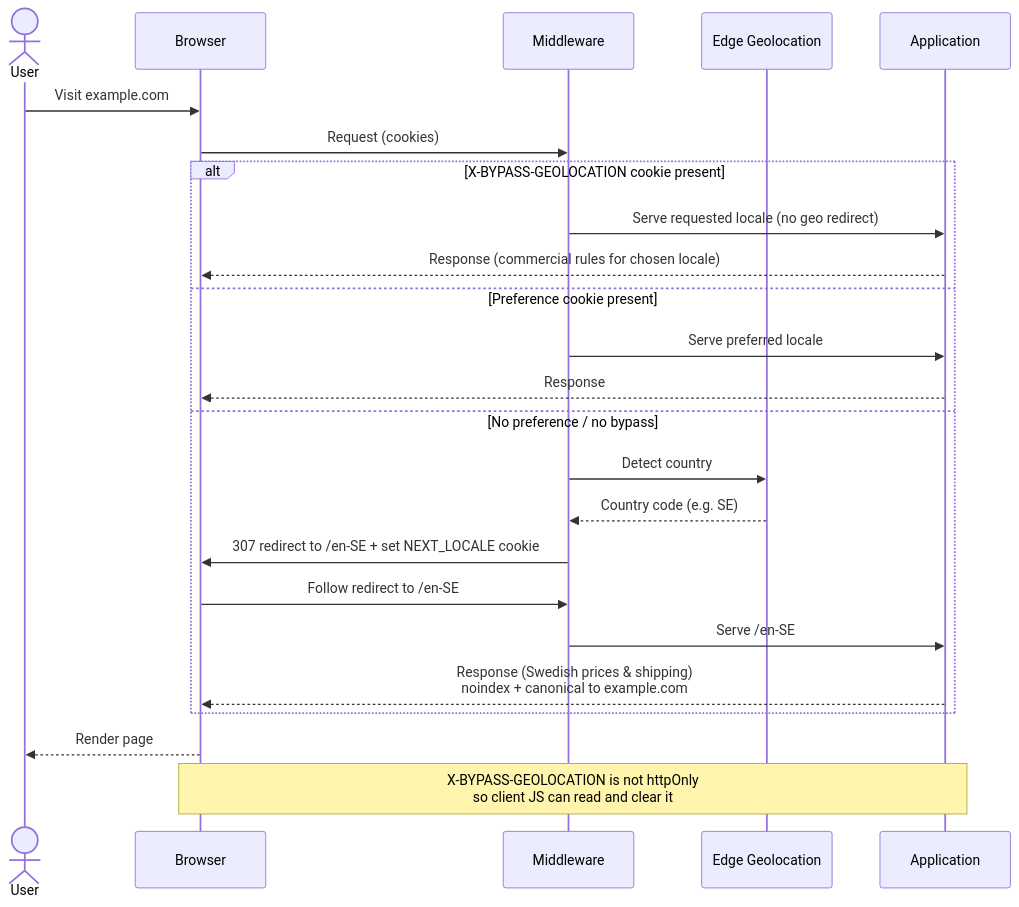
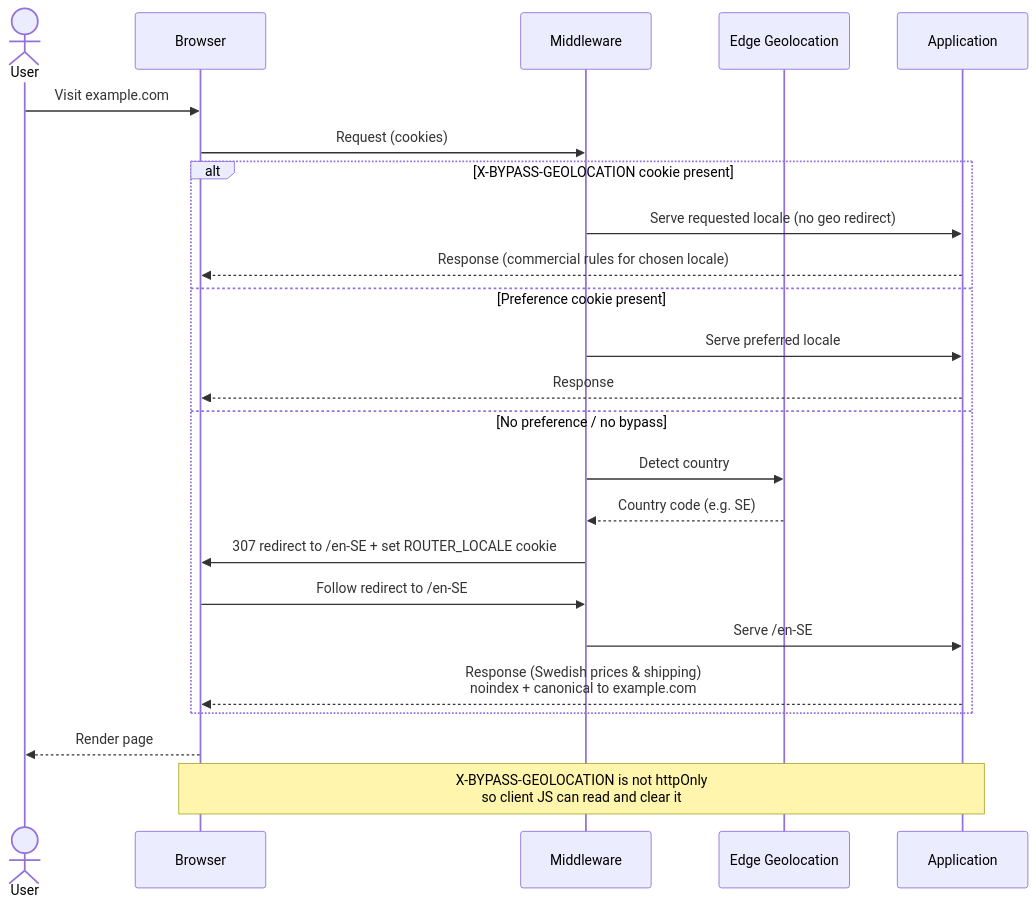
The diagram in blueprint.md (sannajammeh/thei18nstruggle), drawn with Mermaid before and after one commit. The commit also changed other lines of this file and 14 other files, not shown here.

````diff
--- a/blueprint.md
+++ b/blueprint.md
@@ -278,30 +313,30 @@
 ```mermaid
 sequenceDiagram
     actor User
     participant Browser
     participant Middleware
     participant EdgeGeo as Edge Geolocation
     participant App as Application
 
     User->>Browser: Visit example.com
     Browser->>Middleware: Request (cookies)
 
     alt X-BYPASS-GEOLOCATION cookie present
         Middleware->>App: Serve requested locale (no geo redirect)
         App-->>Browser: Response (commercial rules for chosen locale)
     else Preference cookie present
         Middleware->>App: Serve preferred locale
         App-->>Browser: Response
     else No preference / no bypass
         Middleware->>EdgeGeo: Detect country
         EdgeGeo-->>Middleware: Country code (e.g. SE)
-        Middleware->>Browser: 307 redirect to /en-SE + set NEXT_LOCALE cookie
+        Middleware->>Browser: 307 redirect to /en-SE + set ROUTER_LOCALE cookie
         Browser->>Middleware: Follow redirect to /en-SE
         Middleware->>App: Serve /en-SE
         App-->>Browser: Response (Swedish prices & shipping)<br/>noindex + canonical to example.com
     end
 
     Browser-->>User: Render page
 
     Note over Browser,App: X-BYPASS-GEOLOCATION is not httpOnly<br/>so client JS can read and clear it
 ```
````
